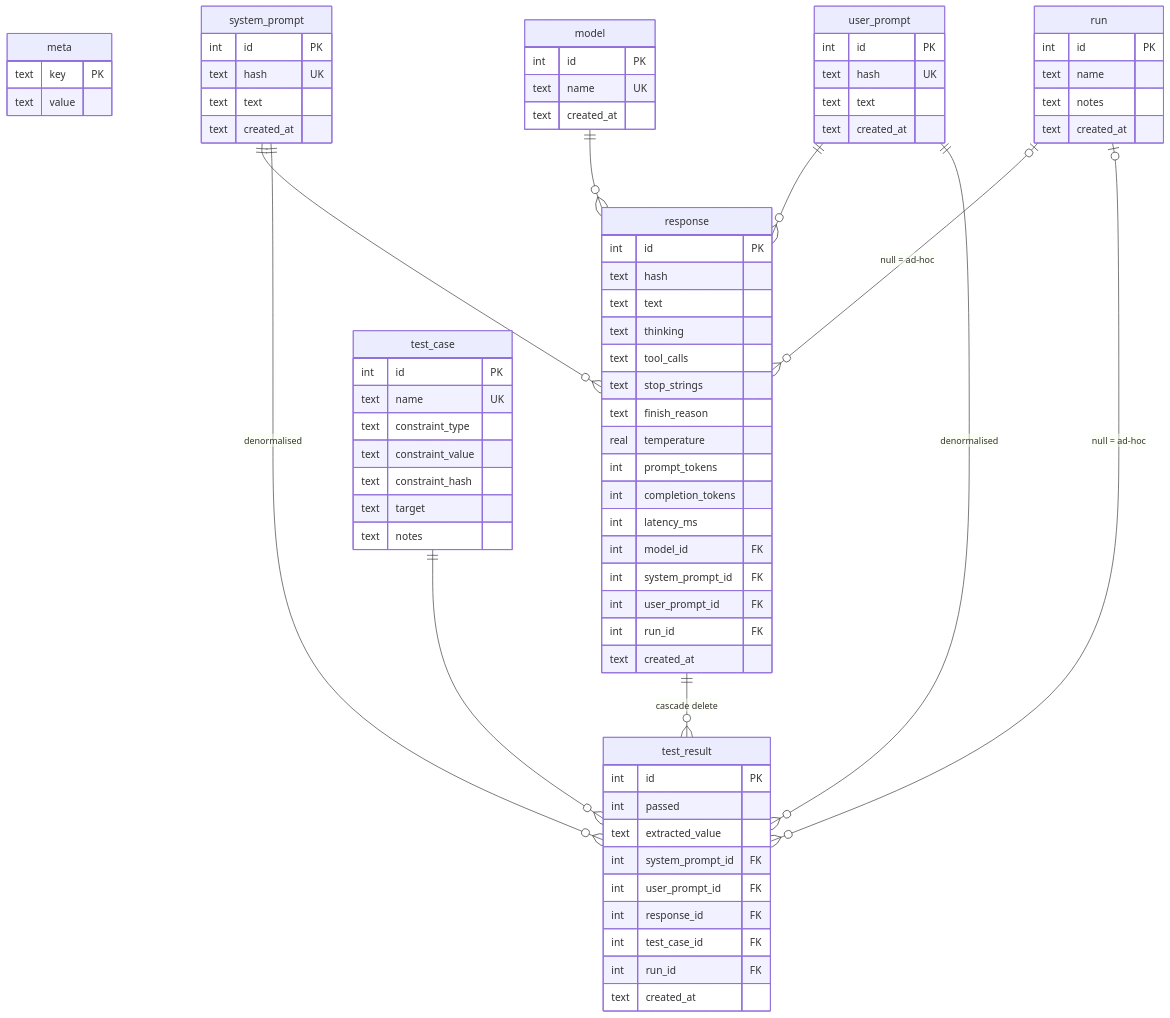
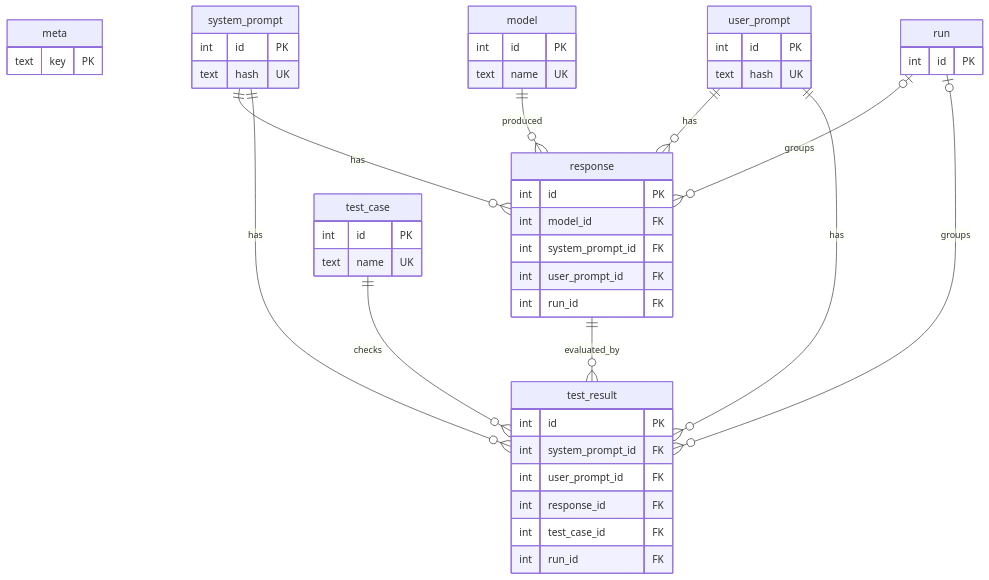
Before and after one commit to jamesbiederbeck/nugget: the diagram in bench/erd.md, drawn with Mermaid. The commit also changed other lines of this file and 3 other files, not shown here.

First line of the commit message:
docs: add bench README, trim the ERD, fix repo link

````diff
--- a/bench/erd.md
+++ b/bench/erd.md
@@ -3,85 +6,50 @@
 ```mermaid
 erDiagram
     meta {
-        text key   PK
-        text value
+        text key PK
+    }
+    system_prompt {
+        int  id   PK
+        text hash UK
+    }
+    user_prompt {
+        int  id   PK
+        text hash UK
+    }
+    model {
+        int  id   PK
+        text name UK
+    }
+    run {
+        int id PK
+    }
+    response {
+        int id               PK
+        int model_id         FK
+        int system_prompt_id FK
+        int user_prompt_id   FK
+        int run_id           FK
+    }
+    test_case {
+        int  id   PK
+        text name UK
+    }
+    test_result {
+        int id               PK
+        int system_prompt_id FK
+        int user_prompt_id   FK
+        int response_id      FK
+        int test_case_id     FK
+        int run_id           FK
     }
 
-    system_prompt {
-        int  id         PK
-        text hash       UK
-        text text
-        text created_at
-    }
-
-    user_prompt {
-        int  id         PK
-        text hash       UK
-        text text
-        text created_at
-    }
-
-    model {
-        int  id         PK
-        text name       UK
-        text created_at
-    }
-
-    run {
-        int  id         PK
-        text name
-        text notes
-        text created_at
-    }
-
-    response {
-        int  id                PK
-        text hash
-        text text
-        text thinking
-        text tool_calls
-        text stop_strings
-        text finish_reason
-        real temperature
-        int  prompt_tokens
-        int  completion_tokens
-        int  latency_ms
-        int  model_id          FK
-        int  system_prompt_id  FK
-        int  user_prompt_id    FK
-        int  run_id            FK
-        text created_at
-    }
-
-    test_case {
-        int  id               PK
-        text name             UK
-        text constraint_type
-        text constraint_value
-        text constraint_hash
-        text target
-        text notes
-    }
-
-    test_result {
-        int  id               PK
-        int  passed
-        text extracted_value
-        int  system_prompt_id FK
-        int  user_prompt_id   FK
-        int  response_id      FK
-        int  test_case_id     FK
-        int  run_id           FK
-        text created_at
-    }
-
-    system_prompt ||--o{ response    : ""
-    user_prompt   ||--o{ response    : ""
-    model         ||--o{ response    : ""
-    run           |o--o{ response    : "null = ad-hoc"
-    response      ||--o{ test_result : "cascade delete"
-    test_case     ||--o{ test_result : ""
-    system_prompt ||--o{ test_result : "denormalised"
-    user_prompt   ||--o{ test_result : "denormalised"
-    run           |o--o{ test_result : "null = ad-hoc"
+    system_prompt ||--o{ response    : has
+    user_prompt   ||--o{ response    : has
+    model         ||--o{ response    : produced
+    run           |o--o{ response    : groups
+    response      ||--o{ test_result : evaluated_by
+    test_case     ||--o{ test_result : checks
+    system_prompt ||--o{ test_result : has
+    user_prompt   ||--o{ test_result : has
+    run           |o--o{ test_result : groups
 ```
````
